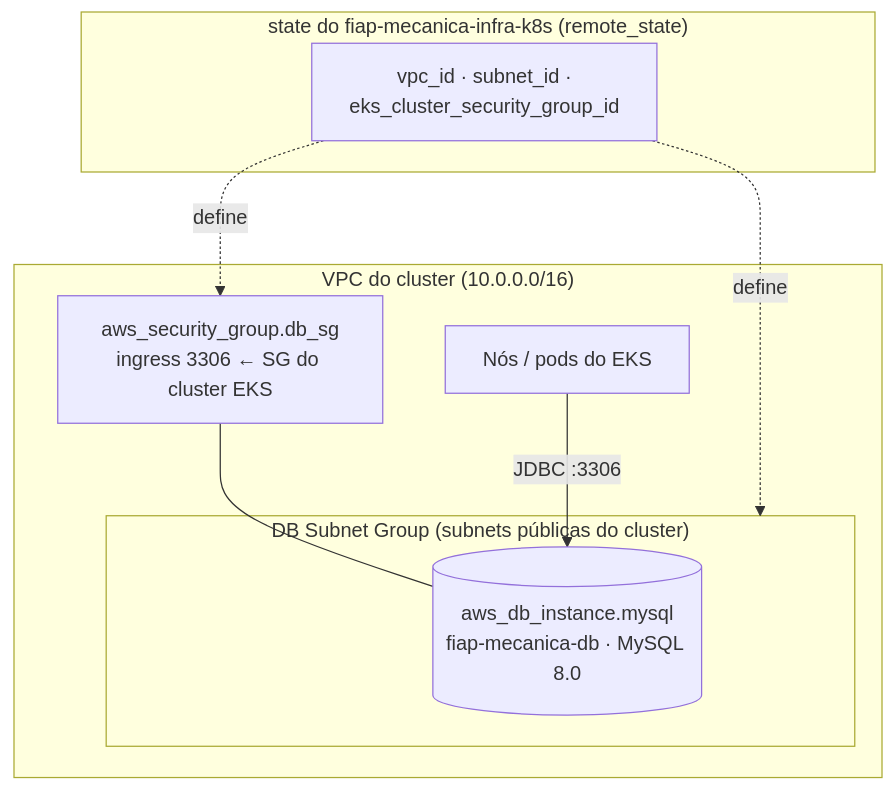
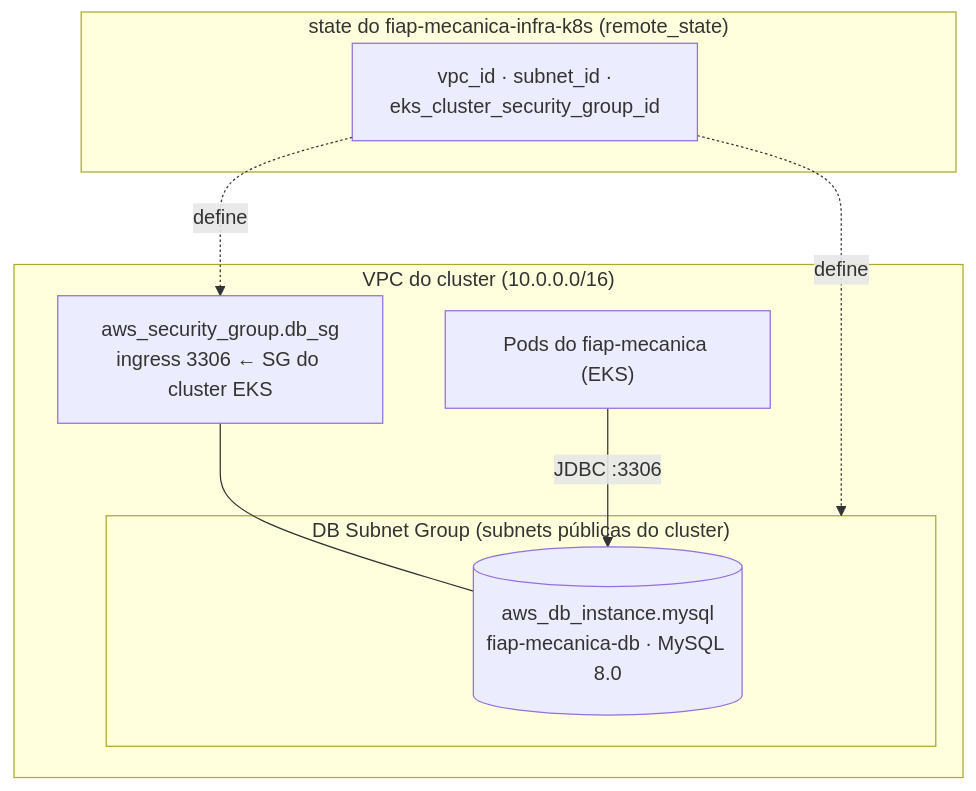
One commit to ArthurPeruzzo/fiap-mecanica-infra-db changed the diagram in README.md. Above: the diagram before and after it, drawn with Mermaid.

Commit message:
documentacao

````diff
--- a/README.md
+++ b/README.md
@@ -18,19 +18,19 @@
 ```mermaid
 graph TD
     subgraph K8SSTATE["state do fiap-mecanica-infra-k8s (remote_state)"]
         RS["vpc_id · subnet_id ·<br/>eks_cluster_security_group_id"]
     end
 
     subgraph VPC["VPC do cluster (10.0.0.0/16)"]
         subgraph SNG["DB Subnet Group (subnets públicas do cluster)"]
             RDS[("aws_db_instance.mysql<br/>fiap-mecanica-db · MySQL 8.0")]
         end
         SG["aws_security_group.db_sg<br/>ingress 3306 ← SG do cluster EKS"]
-        NODES["Nós / pods do EKS"]
+        NODES["Pods do fiap-mecanica (EKS)"]
     end
 
     RS -.define.-> SNG
     RS -.define.-> SG
     SG --- RDS
     NODES -->|JDBC :3306| RDS
 ```
````
